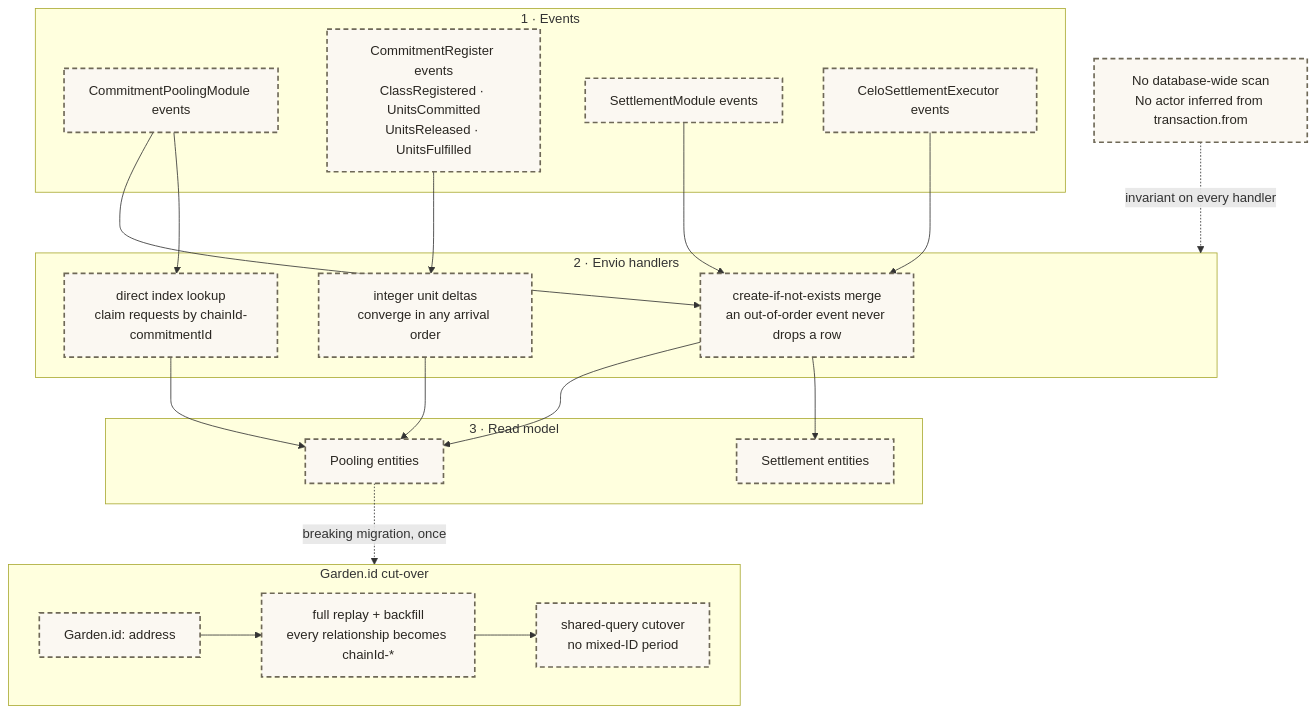
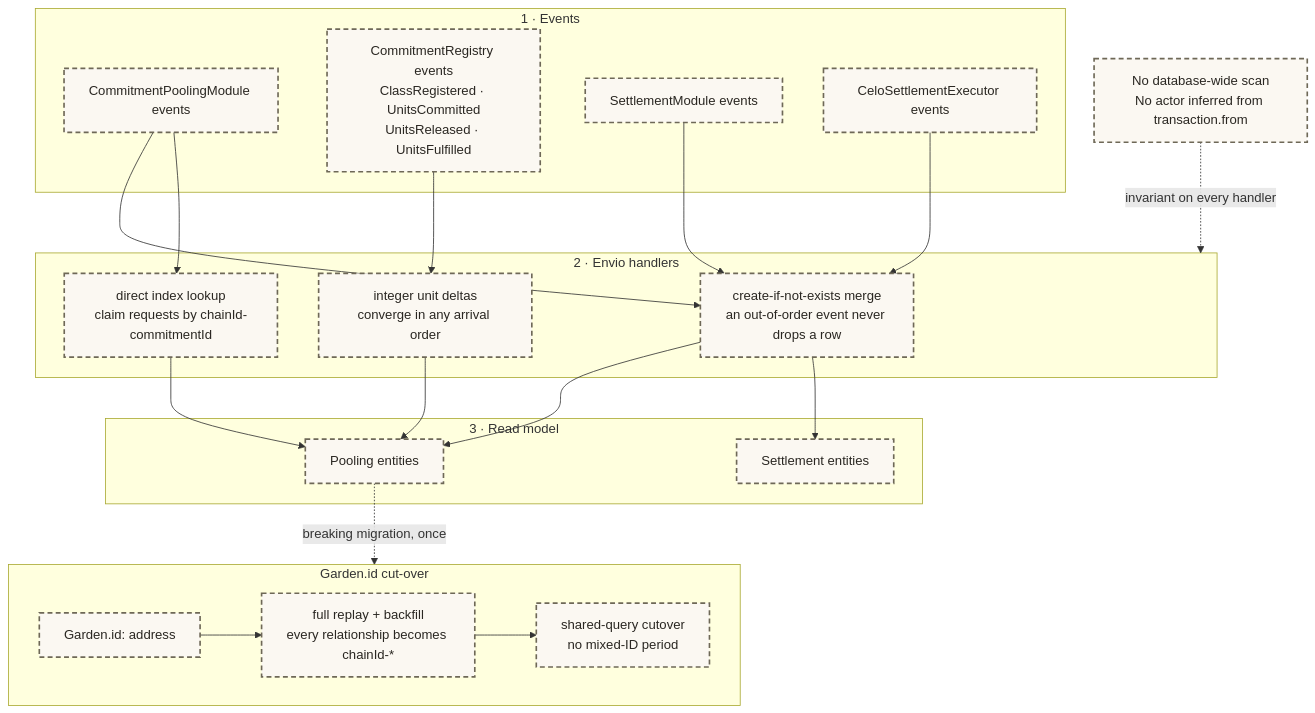
Diagram 19 of 38 in .plans/active/commitment-pooling/diagrams.md (greenpill-dev-guild/green-goods), drawn with Mermaid before and after one commit. The commit also changed other lines of this file and 46 other files, not shown here.

````diff
--- a/.plans/active/commitment-pooling/diagrams.md
+++ b/.plans/active/commitment-pooling/diagrams.md
@@ -1173,43 +1098,43 @@
 ```mermaid
 flowchart TB
   subgraph SRC["1 · Events"]
     EV1["CommitmentPoolingModule events"]
-    EV2["CommitmentRegister events<br/>ClassRegistered · UnitsCommitted<br/>UnitsReleased · UnitsFulfilled"]
+    EV2["CommitmentRegistry events<br/>ClassRegistered · UnitsCommitted<br/>UnitsReleased · UnitsFulfilled"]
     EV3["SettlementModule events"]
     EV4["CeloSettlementExecutor events"]
   end
 
   subgraph H["2 · Envio handlers"]
     HMERGE["create-if-not-exists merge<br/>an out-of-order event never drops a row"]
     HUNITS["integer unit deltas<br/>converge in any arrival order"]
     HIDX["direct index lookup<br/>claim requests by chainId-commitmentId"]
   end
 
   subgraph OUT["3 · Read model"]
     E1["Pooling entities"]
     E2["Settlement entities"]
   end
 
   NOSCAN["No database-wide scan<br/>No actor inferred from transaction.from"]
 
   EV1 --> HMERGE
   EV2 --> HUNITS
   EV3 --> HMERGE
   EV4 --> HMERGE
   EV1 --> HIDX
   HMERGE --> E1
   HUNITS --> E1
   HIDX --> E1
   HMERGE --> E2
   NOSCAN -.->|"invariant on every handler"| H
 
   subgraph MIG["Garden.id cut-over"]
     M1["Garden.id: address"] --> M2["full replay + backfill<br/>every relationship becomes chainId-*"]
     M2 --> M3["shared-query cutover<br/>no mixed-ID period"]
   end
   E1 -.->|"breaking migration, once"| MIG
 
   classDef built fill:#edf3e8,stroke:#50784a,stroke-width:2px,color:#2a2722
   classDef planned fill:#fbf8f2,stroke:#6e6857,stroke-width:2px,stroke-dasharray:6 4,color:#2a2722
   class EV1,EV2,EV3,EV4,HMERGE,HUNITS,HIDX,E1,E2,M1,M2,M3,NOSCAN planned
 ```
````
